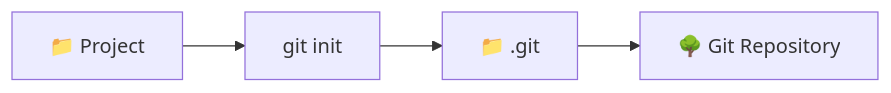
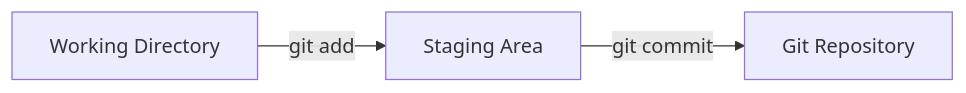
The second of 37 diagrams in DevOps-Labs-and-Projects/ Day-06 to Day-12/README.md (Yuvii2102/My-Devops-Cloud-Journey), drawn with Mermaid before and after one commit. The commit also changed other lines of this file, not shown here.

````diff
--- a/DevOps-Labs-and-Projects/ Day-06 to Day-12/README.md
+++ b/DevOps-Labs-and-Projects/ Day-06 to Day-12/README.md
@@ -95,6 +63,5 @@
 ```mermaid
 flowchart LR
-    A["📁 Project"] --> B["git init"]
-    B --> C["📁 .git"]
-    C --> D["🌳 Git Repository"]
+    A["Working Directory"] -->|"git add"| B["Staging Area"]
+    B -->|"git commit"| C["Git Repository"]
 ```
````
